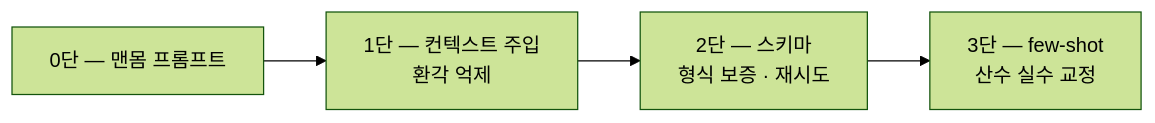
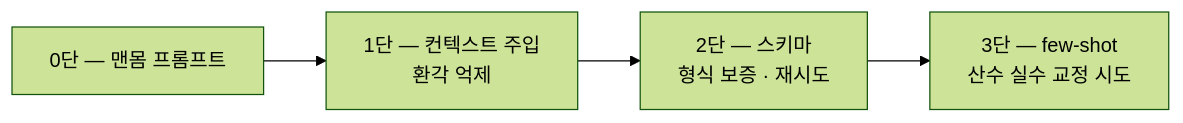
Before and after one commit to 2026-ai-service-engineering-a/ai_service_engineering-track_a: the second of 9 diagrams in site/src/content/courses/ko/session-11/index.mdx, drawn with Mermaid (forest theme). The commit also changed other lines of this file, not shown here.

````diff
--- a/site/src/content/courses/ko/session-11/index.mdx
+++ b/site/src/content/courses/ko/session-11/index.mdx
@@ -203,4 +210,4 @@
 ```mermaid
 flowchart LR
-    S0["0단 — 맨몸 프롬프트"] --> S1["1단 — 컨텍스트 주입<br/>환각 억제"] --> S2["2단 — 스키마<br/>형식 보증 · 재시도"] --> S3["3단 — few-shot<br/>산수 실수 교정"]
+    S0["0단 — 맨몸 프롬프트"] --> S1["1단 — 컨텍스트 주입<br/>환각 억제"] --> S2["2단 — 스키마<br/>형식 보증 · 재시도"] --> S3["3단 — few-shot<br/>산수 실수 교정 시도"]
 ```
````
